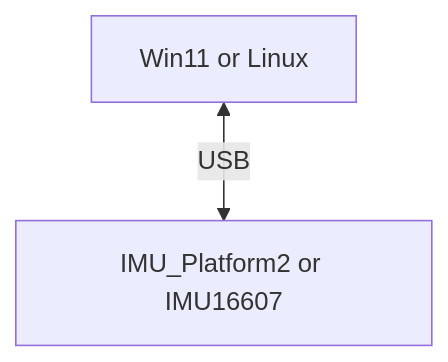
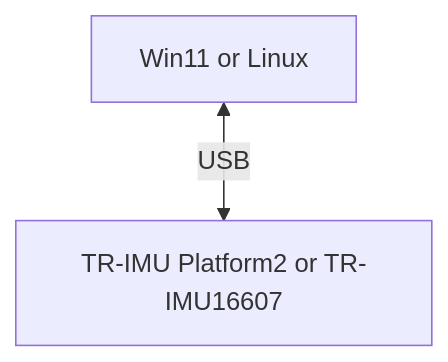
One commit to technoroad/TR-IMU2-PythonTestApp changed the first of 2 diagrams in README.md. Above: the diagram before and after it, drawn with Mermaid. The commit also changed other lines of this file, not shown here.

````diff
--- a/README.md
+++ b/README.md
@@ -52,4 +52,4 @@
 ```mermaid
 graph TB
-    PC["Win11 or Linux"] <-->|"USB"| DEVICE["IMU_Platform2 or IMU16607"]
+    PC["Win11 or Linux"] <-->|"USB"| DEVICE["TR-IMU Platform2 or TR-IMU16607"]
 ```
````
